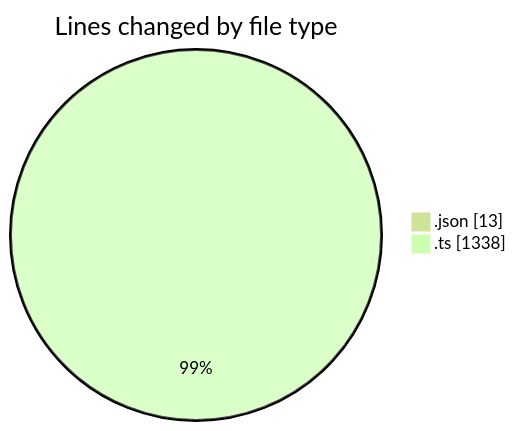
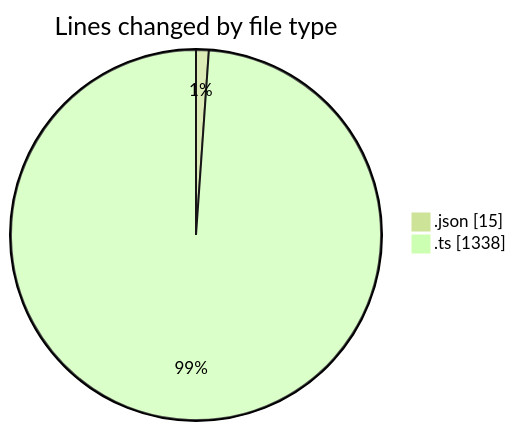
The first of 2 diagrams in 2026-02-01/singularitybrainai/README.md (tmsrecording-cyber/code-tracking), drawn with Mermaid (forest theme) before and after one commit. The commit also changed other lines of this file and 1 other file, not shown here.

````diff
--- a/2026-02-01/singularitybrainai/README.md
+++ b/2026-02-01/singularitybrainai/README.md
@@ -22,6 +22,6 @@
 ```mermaid
 pie showData
 title Lines changed by file type
-".json" : 13
+".json" : 15
 ".ts" : 1338
 ```
````
